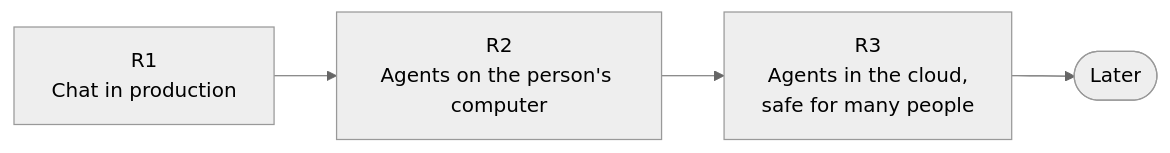
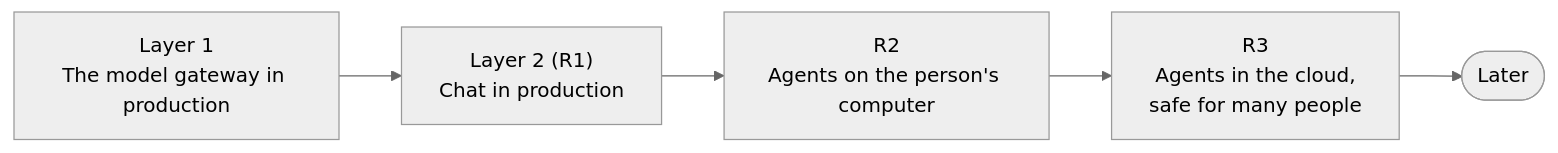
Before and after one commit to marcjazz/another-agentic-system: the first of 2 diagrams in ROADMAP.md, drawn with Mermaid (neutral theme). The commit also changed other lines of this file, not shown here.

First line of the commit message:
docs(roadmap): two production layers, adam-rs, agents and A2UI at the centre (#391)

````diff
--- a/ROADMAP.md
+++ b/ROADMAP.md
@@ -43,6 +53,7 @@
 ```mermaid
 flowchart LR
-  R1["R1<br/>Chat in production"] --> R2["R2<br/>Agents on the person's computer"]
+  L1["Layer 1<br/>The model gateway in production"] --> L2["Layer 2 (R1)<br/>Chat in production"]
+  L2 --> R2["R2<br/>Agents on the person's computer"]
   R2 --> R3["R3<br/>Agents in the cloud,<br/>safe for many people"]
   R3 --> L(["Later"])
 ```
````
